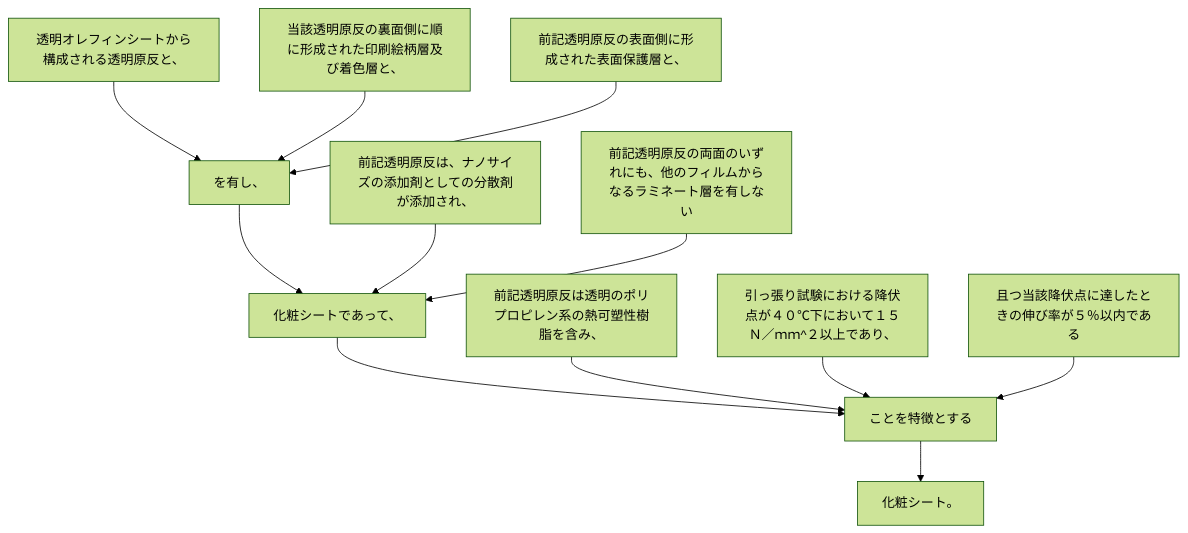
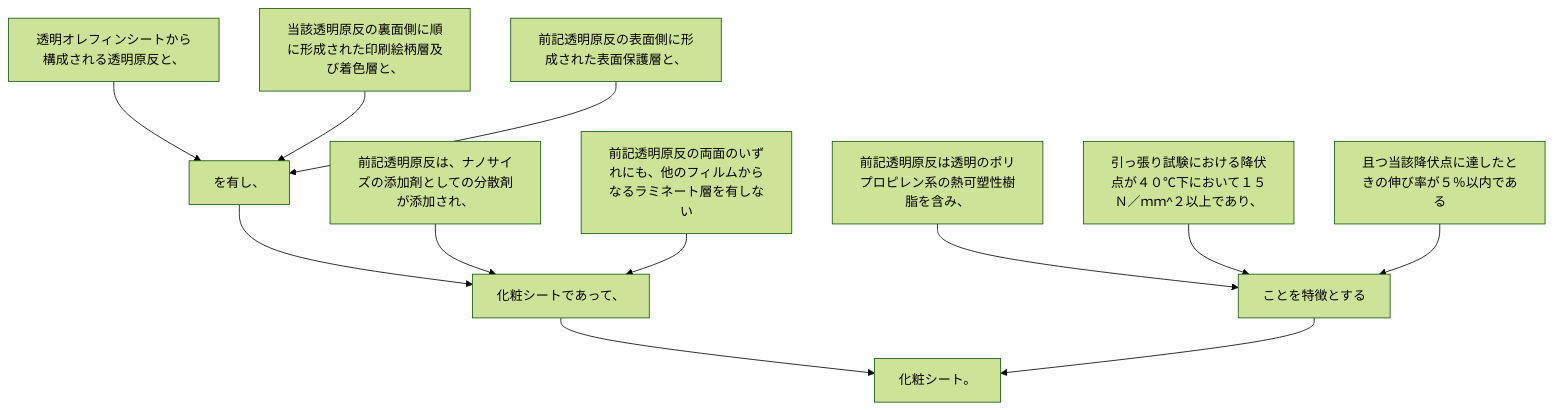
One commit to shinmori55/patent_analyzed changed the diagram in 2024/JP2024006643A/claim_1/README.md. Above: the diagram before and after it, drawn with Mermaid (forest theme). The commit also changed 25 other files, not shown here.

````diff
--- a/2024/JP2024006643A/claim_1/README.md
+++ b/2024/JP2024006643A/claim_1/README.md
@@ -8,26 +8,26 @@
 ```mermaid
 flowchart TD
 A[透明オレフィンシートから構成される透明原反と、]
 B[当該透明原反の裏面側に順に形成された印刷絵柄層及び着色層と、]
 C[前記透明原反の表面側に形成された表面保護層と、]
 D[を有し、]
 E[前記透明原反は、ナノサイズの添加剤としての分散剤が添加され、]
 F[前記透明原反の両面のいずれにも、他のフィルムからなるラミネート層を有しない]
 G[化粧シートであって、]
 H[前記透明原反は透明のポリプロピレン系の熱可塑性樹脂を含み、]
 I[引っ張り試験における降伏点が４０℃下において１５Ｎ／ｍｍ^２以上であり、]
 J[且つ当該降伏点に達したときの伸び率が５％以内である]
 K[ことを特徴とする]
 L[化粧シート。]
 A --> D
 B --> D
 C --> D
 D --> G
 E --> G
 F --> G
-G --> K
+G --> L
 H --> K
 I --> K
 J --> K
 K --> L
 ```
````
